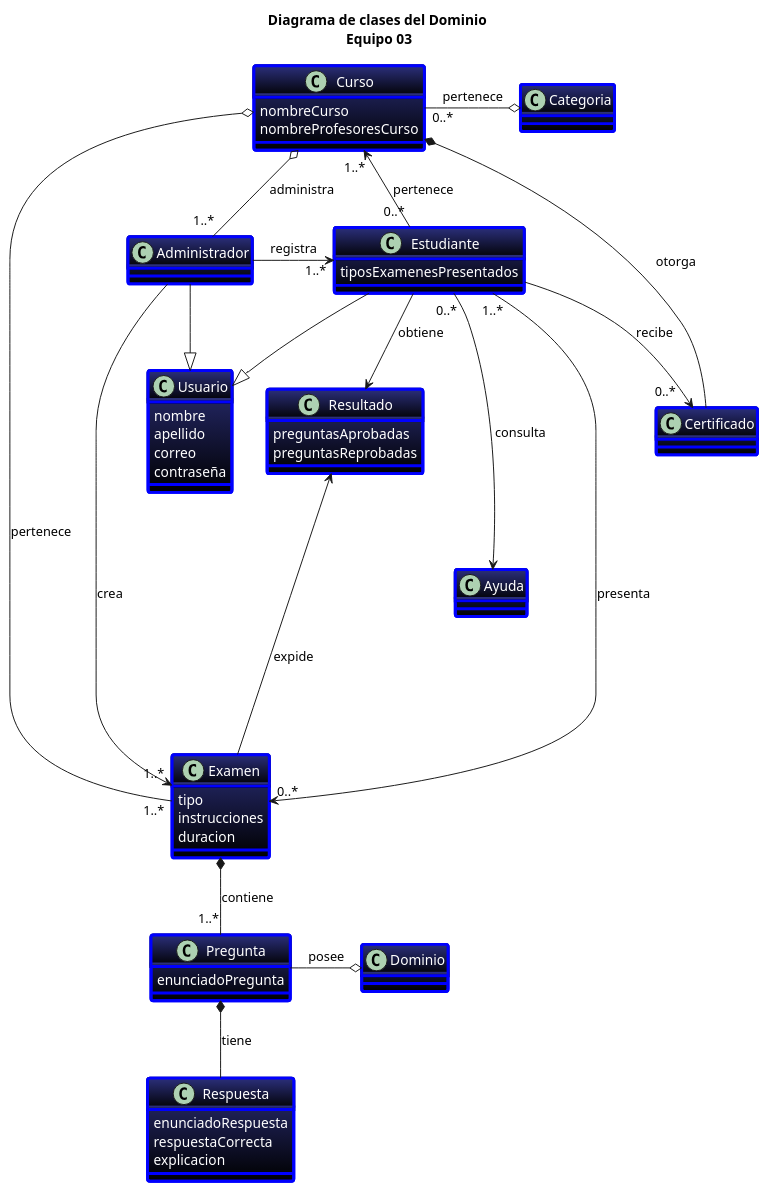
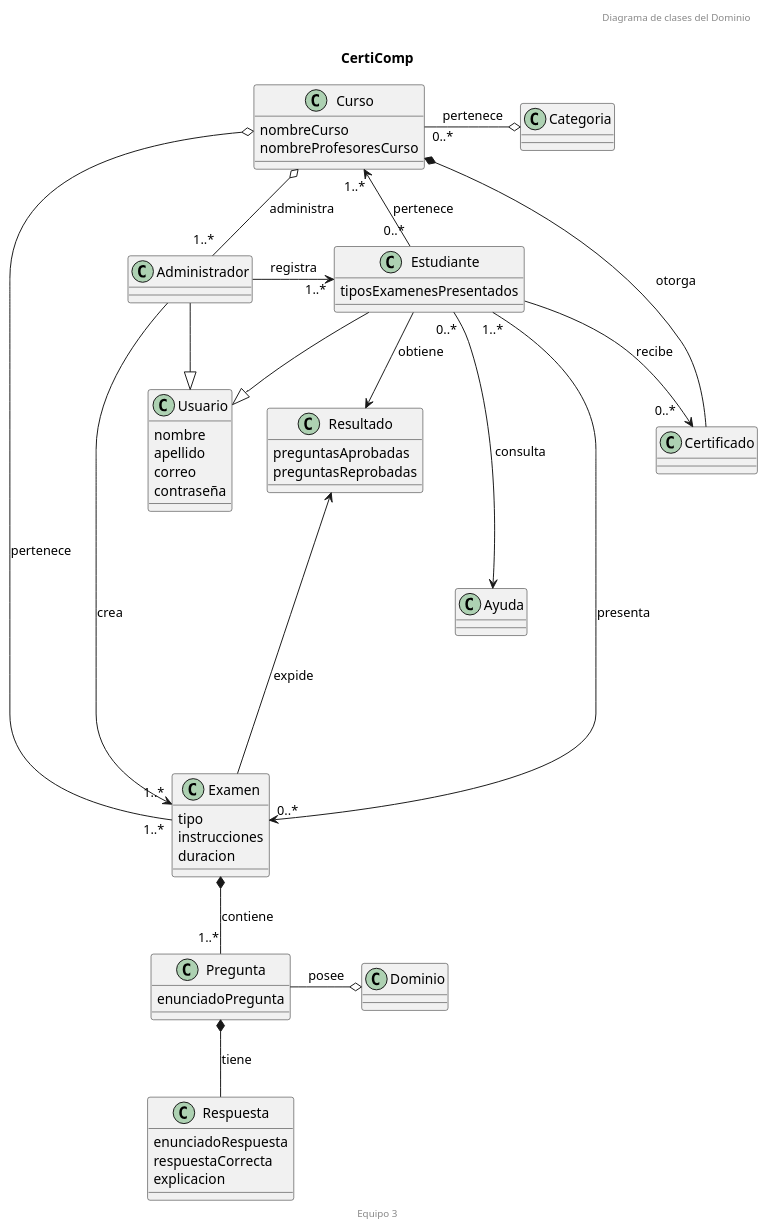
One commit to febres35/EdTech_IS changed the diagram in docs/scenariosView/diagramaClasesDominio.plantuml. Above: the diagram before and after it, drawn with PlantUML. The commit also changed 3 other files, not shown here.

Commit message:
Cambios en Diagrama de Casos d Usos y Clases Dom

```diff
--- a/docs/scenariosView/diagramaClasesDominio.plantuml
+++ b/docs/scenariosView/diagramaClasesDominio.plantuml
@@ -1,78 +1,82 @@
 @startuml "Diagrama de clases"
 
-title "Diagrama de clases del Dominio\n Equipo 03"
+title CertiComp
+header "Diagrama de clases del Dominio\n"
+Footer Equipo 3 
 
-skinparam Class{
-  BackgroundColor 2B2F7B-black
-  AttributeFontColor white
+/'skinparam Class{
+  BackgroundColor 0A8C5A
+  AttributeFontColor 000
   BorderThickness 3
-  BorderColor blue
-}
+  BorderColor fff
+}'/
+
+
 class Usuario{
   nombre
   apellido
   correo
   contraseña 
 }
 class Administrador
 
 class Estudiante{
   tiposExamenesPresentados
 }
 
 class Ayuda
 
 class Curso{
   nombreCurso
   nombreProfesoresCurso
 }
 class Categoria
 
 class Examen{
   tipo
   instrucciones
   duracion
 }
 class Resultado{
   preguntasAprobadas
   preguntasReprobadas
 }
 
 class Pregunta{
   enunciadoPregunta
 }
 
 class Dominio
 
 class Respuesta{
   enunciadoRespuesta
   respuestaCorrecta
   explicacion
 }
 class Certificado{
 }
 
 Usuario <|-left- Administrador
 Usuario <|-up- Estudiante
 
 Administrador --> "1..*"Examen: crea
 Administrador -right-> "     1..*"Estudiante: registra
 Administrador "    1..*"-up-o Curso: administra
 
 Estudiante "0..*"-right->"    1..*"Curso: pertenece
 Estudiante "1..*"-right-> "0..* "Examen: presenta
 Estudiante --> "0..*   "Certificado: recibe
 Estudiante "0..*"---> Ayuda: consulta
 Estudiante --> Resultado: "obtiene     "
 
 Examen *-down- "1..*"Pregunta: contiene
 Examen -up---> Resultado: expide
 
 Pregunta *-down- Respuesta: tiene
 Pregunta -right-o Dominio: posee
 
 Curso "0..*" -right-o Categoria: pertenece
 Curso o----- "1..*"Examen: pertenece
 Curso *- Certificado: otorga
 
 @enduml
```
